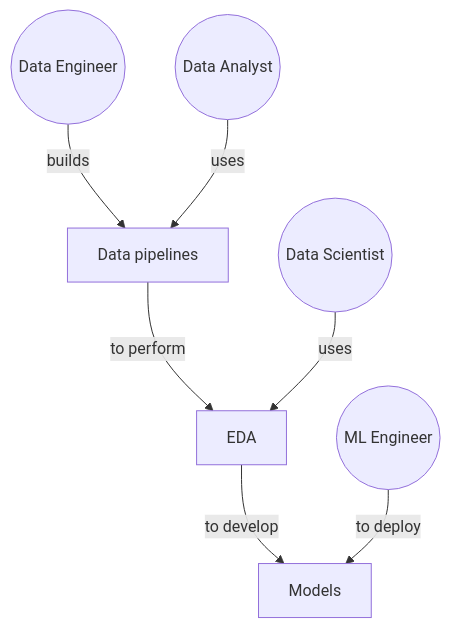
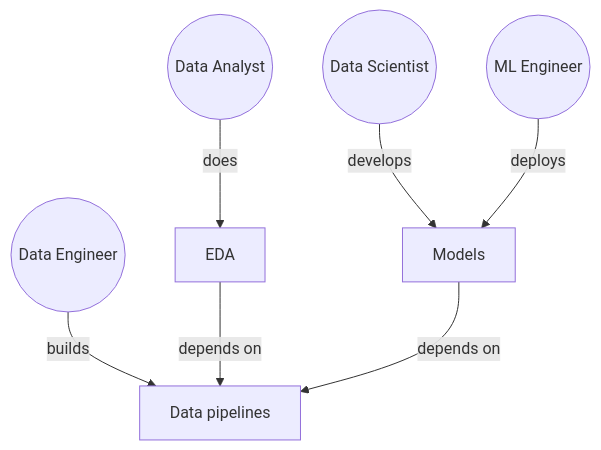
Before and after one commit to cyberphor/knowledge-base: the diagram in data-engineering/README.md, drawn with Mermaid. The commit also changed 2 other files, not shown here.

Commit message:
Updated Data Engineering notes

````diff
--- a/data-engineering/README.md
+++ b/data-engineering/README.md
@@ -10,7 +10,10 @@
 ```mermaid
 graph TB
     A1(("Data Engineer")) -- builds --> A2["Data pipelines"]
-    B1(("Data Analyst")) -- uses --> A2 -- to perform --> B2["EDA"]
-    C1(("Data Scientist")) -- uses --> B2 -- to develop --> C2["Models"] 
-    D1(("ML Engineer")) -- to deploy --> C2
+    B1(("Data Analyst")) -- does --> B2["EDA"]
+    C1(("Data Scientist")) -- develops --> C2["Models"] 
+    D1(("ML Engineer")) -- deploys --> C2
+
+    B2 -- depends on --> A2
+    C2 -- depends on --> A2
 ```
````
